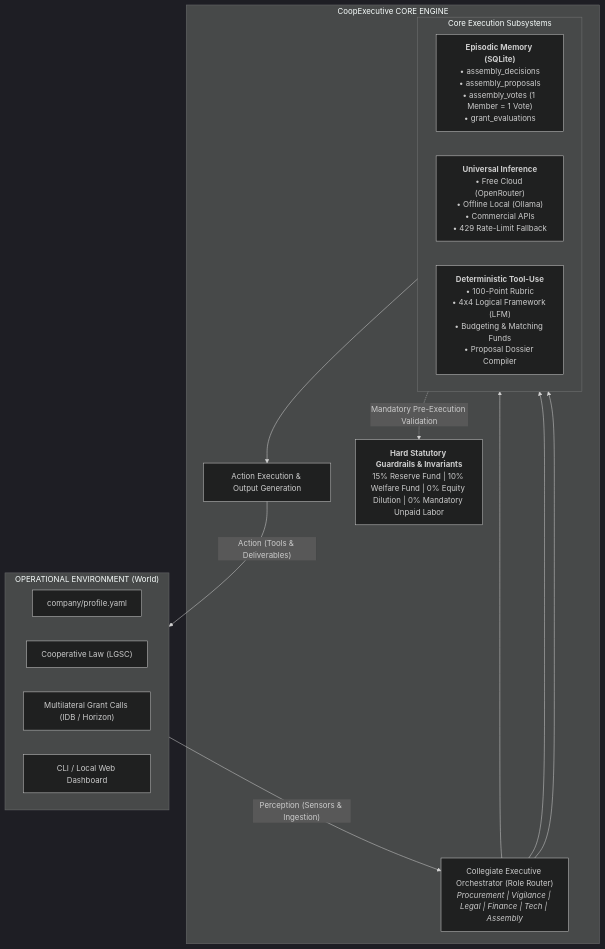
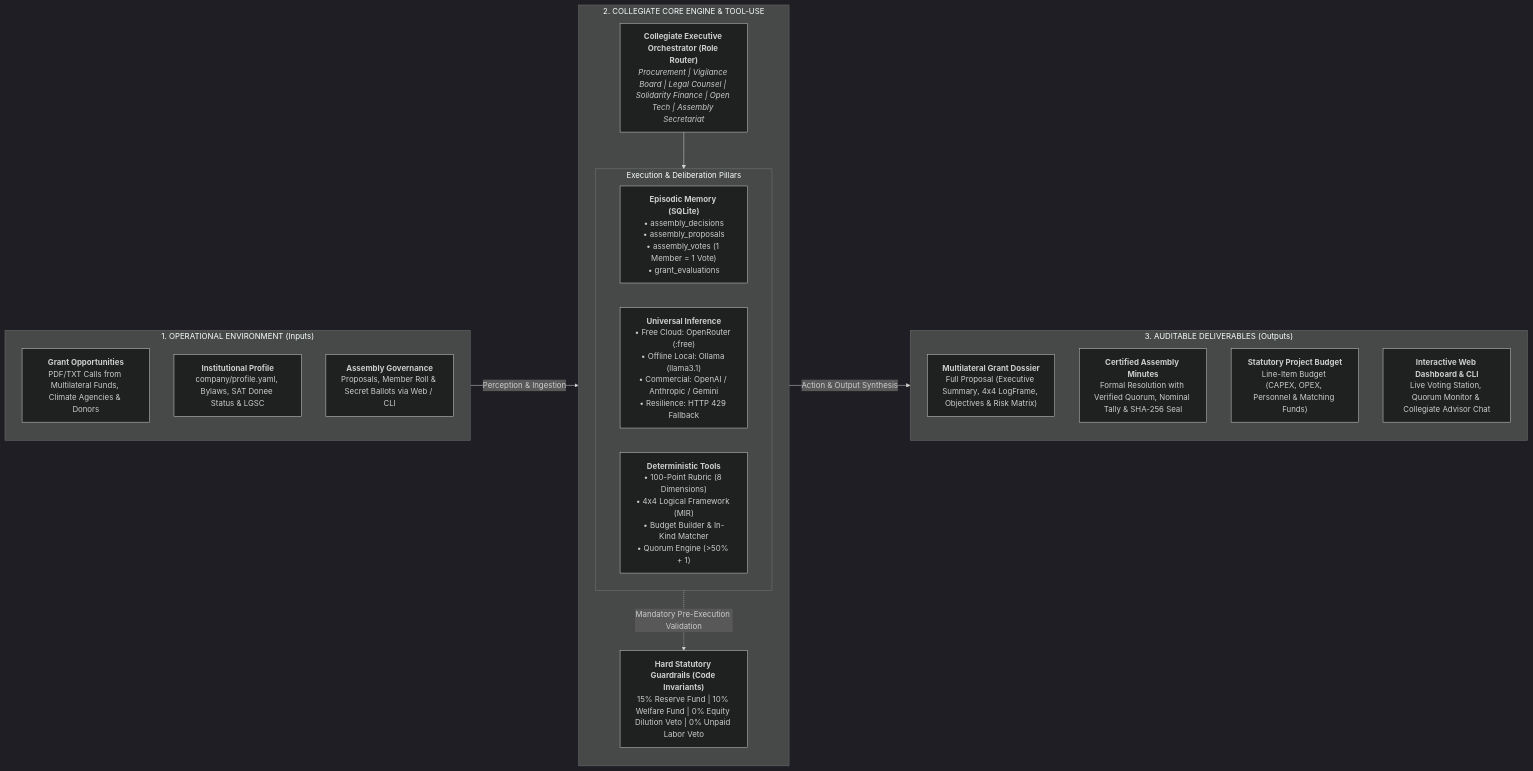
The diagram in ARCHITECTURE.md (pablomorenoc96/coop-executive), drawn with Mermaid (dark theme) before and after one commit. The commit also changed other lines of this file and 5 other files, not shown here.

Commit message:
docs(architecture): redesign architecture diagram into end-to-end operational pipeline

````diff
--- a/ARCHITECTURE.md
+++ b/ARCHITECTURE.md
@@ -13,32 +13,38 @@
 ```mermaid
-flowchart TD
-    subgraph ENV["OPERATIONAL ENVIRONMENT (World)"]
-        direction LR
-        P["company/profile.yaml"]
-        L["Cooperative Law (LGSC)"]
-        G["Multilateral Grant Calls (IDB / Horizon)"]
-        UI["CLI / Local Web Dashboard"]
+flowchart LR
+    subgraph STAGE1["1. OPERATIONAL ENVIRONMENT (Inputs)"]
+        direction TB
+        IN1["<b>Grant Opportunities</b><br/>PDF/TXT Calls from Multilateral Funds, Climate Agencies & Donors"]
+        IN2["<b>Institutional Profile</b><br/>company/profile.yaml, Bylaws, SAT Donee Status & LGSC"]
+        IN3["<b>Assembly Governance</b><br/>Proposals, Member Roll & Secret Ballots via Web / CLI"]
     end
 
-    ENV -->|"Perception (Sensors & Ingestion)"| ORCH
-    ACT -->|"Action (Tools & Deliverables)"| ENV
+    STAGE1 -->|"Perception & Ingestion"| ORCH
 
-    subgraph AGENT["CoopExecutive CORE ENGINE"]
-        ORCH["Collegiate Executive Orchestrator (Role Router)<br/><i>Procurement | Vigilance | Legal | Finance | Tech | Assembly</i>"]
-
-        subgraph SUBSYSTEMS["Core Execution Subsystems"]
+    subgraph STAGE2["2. COLLEGIATE CORE ENGINE & TOOL-USE"]
+        direction TB
+        ORCH["<b>Collegiate Executive Orchestrator (Role Router)</b><br/><i>Procurement | Vigilance Board | Legal Counsel | Solidarity Finance | Open Tech | Assembly Secretariat</i>"]
+        
+        subgraph SUBSYSTEMS["Execution & Deliberation Pillars"]
             direction LR
             MEM["<b>Episodic Memory (SQLite)</b><br/>• assembly_decisions<br/>• assembly_proposals<br/>• assembly_votes (1 Member = 1 Vote)<br/>• grant_evaluations"]
-            INF["<b>Universal Inference</b><br/>• Free Cloud (OpenRouter)<br/>• Offline Local (Ollama)<br/>• Commercial APIs<br/>• 429 Rate-Limit Fallback"]
-            TOOL["<b>Deterministic Tool-Use</b><br/>• 100-Point Rubric<br/>• 4x4 Logical Framework (LFM)<br/>• Budgeting & Matching Funds<br/>• Proposal Dossier Compiler"]
+            INF["<b>Universal Inference</b><br/>• Free Cloud: OpenRouter (:free)<br/>• Offline Local: Ollama (llama3.1)<br/>• Commercial: OpenAI / Anthropic / Gemini<br/>• Resilience: HTTP 429 Fallback"]
+            TOOL["<b>Deterministic Tools</b><br/>• 100-Point Rubric (8 Dimensions)<br/>• 4x4 Logical Framework (MIR)<br/>• Budget Builder & In-Kind Matcher<br/>• Quorum Engine (>50% + 1)"]
         end
 
-        ORCH --> MEM
-        ORCH --> INF
-        ORCH --> TOOL
-        TOOL --> ACT["Action Execution & Output Generation"]
-
-        GUARD["<b>Hard Statutory Guardrails & Invariants</b><br/>15% Reserve Fund | 10% Welfare Fund | 0% Equity Dilution | 0% Mandatory Unpaid Labor"]
+        ORCH --> SUBSYSTEMS
+        
+        GUARD["<b>Hard Statutory Guardrails (Code Invariants)</b><br/>15% Reserve Fund | 10% Welfare Fund | 0% Equity Dilution Veto | 0% Unpaid Labor Veto"]
         SUBSYSTEMS -.->|"Mandatory Pre-Execution Validation"| GUARD
     end
+
+    SUBSYSTEMS -->|"Action & Output Synthesis"| STAGE3
+
+    subgraph STAGE3["3. AUDITABLE DELIVERABLES (Outputs)"]
+        direction TB
+        OUT1["<b>Multilateral Grant Dossier</b><br/>Full Proposal (Executive Summary, 4x4 LogFrame, Objectives & Risk Matrix)"]
+        OUT2["<b>Certified Assembly Minutes</b><br/>Formal Resolution with Verified Quorum, Nominal Tally & SHA-256 Seal"]
+        OUT3["<b>Statutory Project Budget</b><br/>Line-Item Budget (CAPEX, OPEX, Personnel & Matching Funds)"]
+        OUT4["<b>Interactive Web Dashboard & CLI</b><br/>Live Voting Station, Quorum Monitor & Collegiate Advisor Chat"]
+    end
 ```
````
